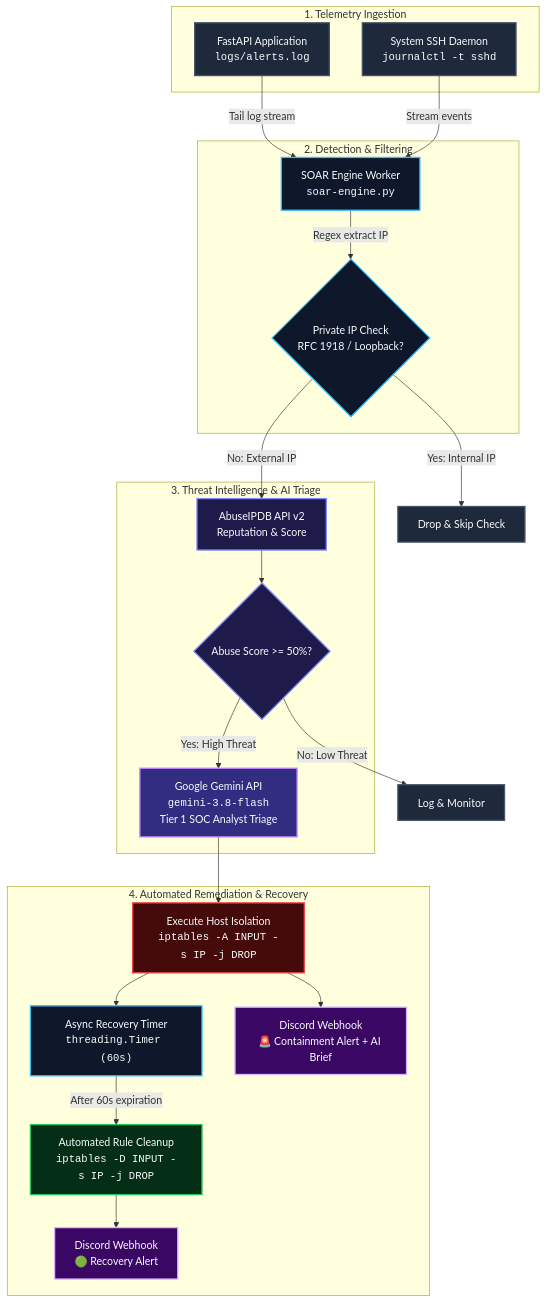
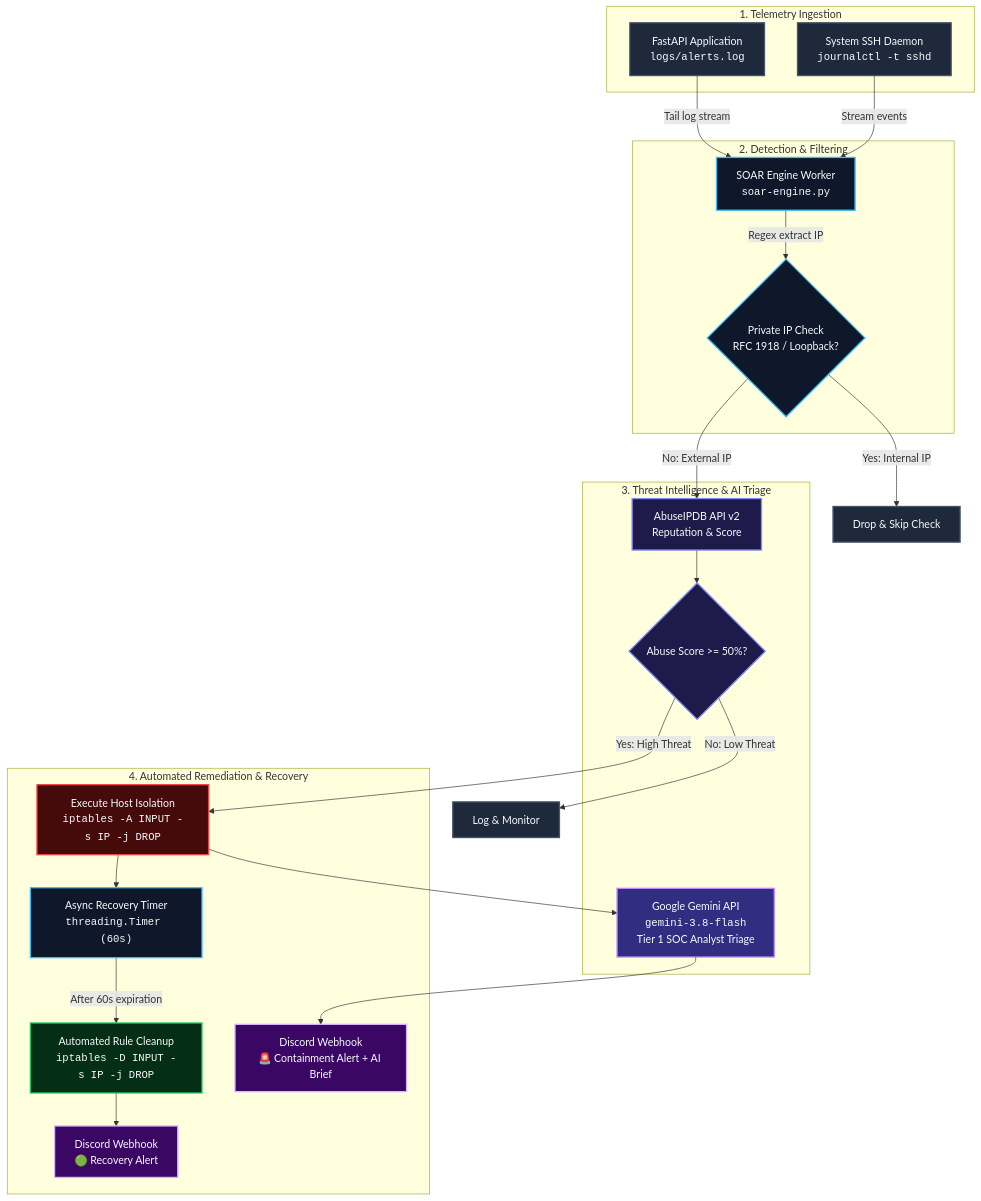
One commit to bjornargu/lightweight-soar changed the diagram in README.md. Above: the diagram before and after it, drawn with Mermaid. The commit also changed 2 other files, not shown here.

Commit message:
iptables drop now happens before AI triage

````diff
--- a/README.md
+++ b/README.md
@@ -12,56 +12,56 @@
 ```mermaid
 flowchart TD
     %% Styling
     classDef source fill:#1e293b,stroke:#475569,stroke-width:2px,color:#f8fafc;
     classDef engine fill:#0f172a,stroke:#38bdf8,stroke-width:2px,color:#f8fafc;
     classDef enrich fill:#1e1b4b,stroke:#818cf8,stroke-width:2px,color:#f8fafc;
     classDef ai fill:#312e81,stroke:#c084fc,stroke-width:2px,color:#f8fafc;
     classDef block fill:#450a0a,stroke:#ef4444,stroke-width:2px,color:#f8fafc;
     classDef recover fill:#052e16,stroke:#22c55e,stroke-width:2px,color:#f8fafc;
     classDef alert fill:#3b0764,stroke:#d8b4fe,stroke-width:2px,color:#f8fafc;
 
     %% Ingestion Sources
     subgraph Ingestion["1. Telemetry Ingestion"]
         APP["FastAPI Application<br/><code>logs/alerts.log</code>"]:::source
         SSH["System SSH Daemon<br/><code>journalctl -t sshd</code>"]:::source
     end
 
     %% Core Engine & Parsing
     subgraph Engine["2. Detection & Filtering"]
         SOAR["SOAR Engine Worker<br/><code>soar-engine.py</code>"]:::engine
         FILTER{"Private IP Check<br/>RFC 1918 / Loopback?"}:::engine
     end
 
     APP -->|Tail log stream| SOAR
     SSH -->|Stream events| SOAR
     SOAR -->|Regex extract IP| FILTER
 
     FILTER -->|Yes: Internal IP| SKIP["Drop & Skip Check"]:::source
     FILTER -->|No: External IP| API
 
     %% Threat Intelligence & AI Triage
     subgraph Analysis["3. Threat Intelligence & AI Triage"]
         API["AbuseIPDB API v2<br/>Reputation & Score"]:::enrich
         SCORE{"Abuse Score >= 50%?"}:::enrich
         GEMINI["Google Gemini API<br/><code>gemini-3.8-flash</code><br/>Tier 1 SOC Analyst Triage"]:::ai
     end
 
     API --> SCORE
     SCORE -->|No: Low Threat| LOG["Log & Monitor"]:::source
-    SCORE -->|Yes: High Threat| GEMINI
+    SCORE -->|Yes: High Threat| IPTABLES
 
     %% Automated Remediation & Alerts
     subgraph Response["4. Automated Remediation & Recovery"]
         IPTABLES["Execute Host Isolation<br/><code>iptables -A INPUT -s IP -j DROP</code>"]:::block
         TIMER["Async Recovery Timer<br/><code>threading.Timer (60s)</code>"]:::engine
         CLEANUP["Automated Rule Cleanup<br/><code>iptables -D INPUT -s IP -j DROP</code>"]:::recover
         DISCORD_BLOCK["Discord Webhook<br/>🚨 Containment Alert + AI Brief"]:::alert
         DISCORD_UNBLOCK["Discord Webhook<br/>🟢 Recovery Alert"]:::alert
     end
 
-    GEMINI --> IPTABLES
-    IPTABLES --> DISCORD_BLOCK
+    IPTABLES --> GEMINI
+    GEMINI --> DISCORD_BLOCK
     IPTABLES --> TIMER
     TIMER -->|After 60s expiration| CLEANUP
     CLEANUP --> DISCORD_UNBLOCK
 ```
````
